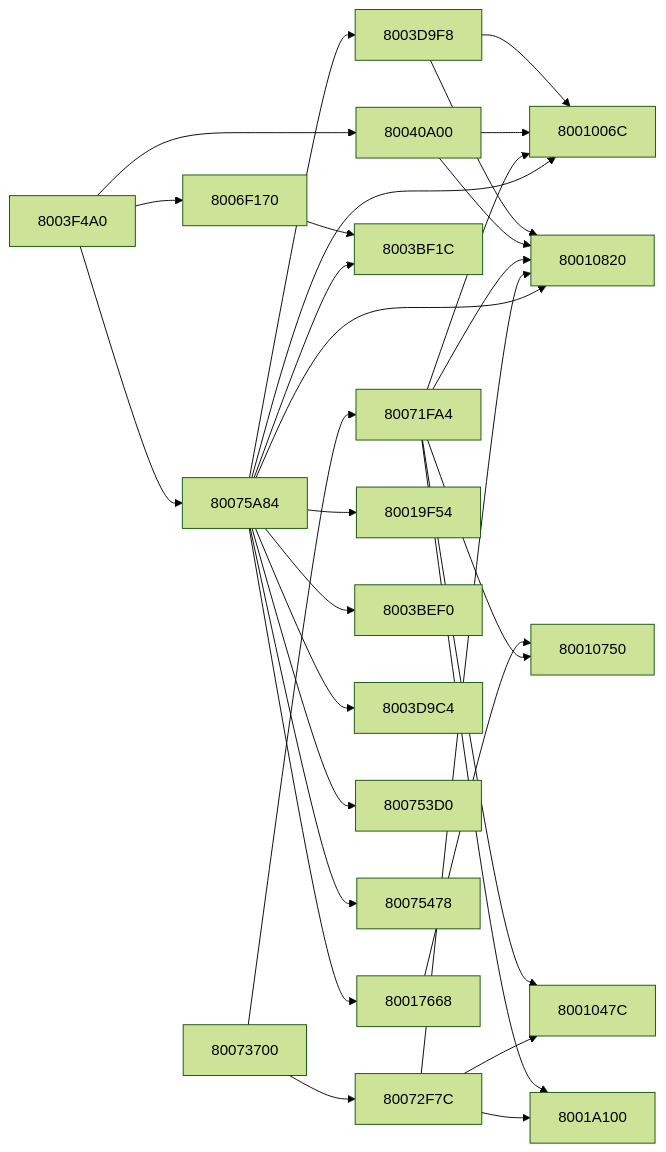
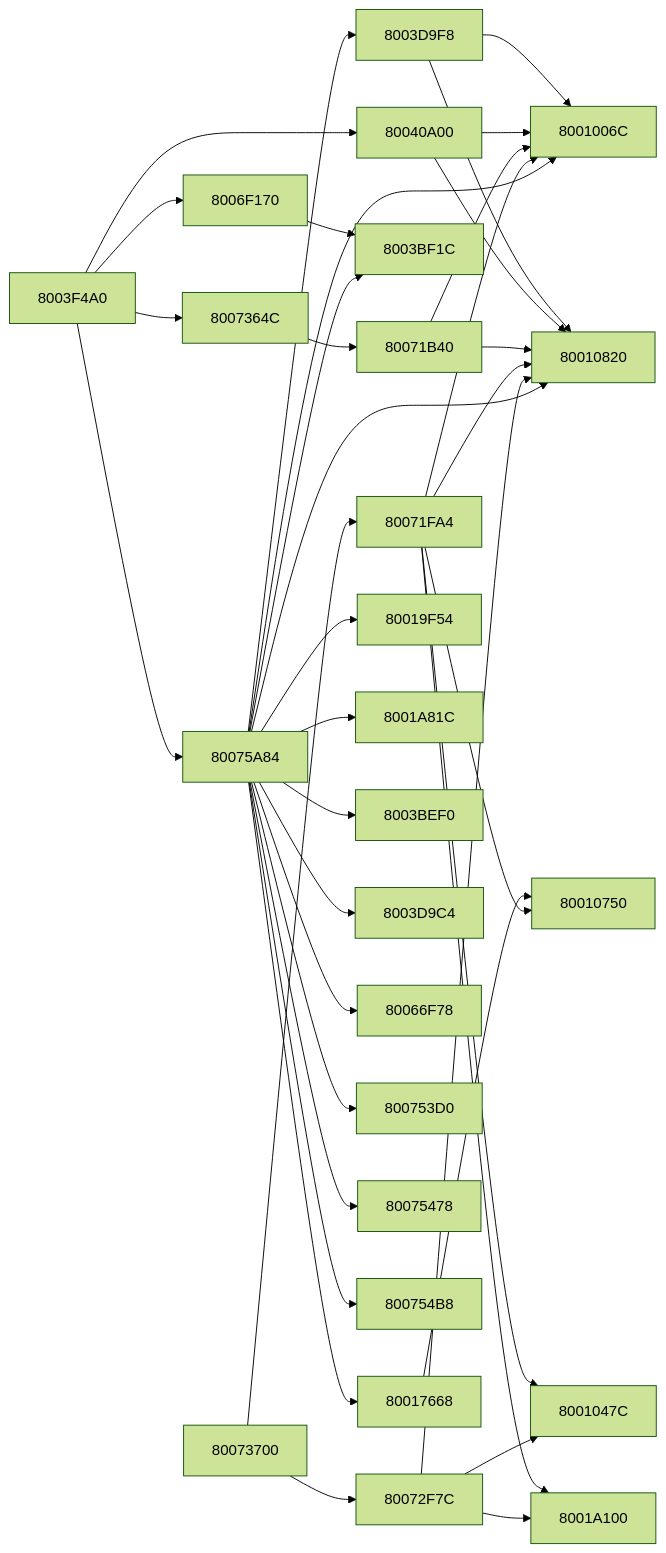
Diagram 11 of 11 in docs/FUNCTION_MAP.md (kai-luni/Future-Cop-L.A.P.D-PS1), drawn with Mermaid (forest theme) before and after one commit. The commit also changed other lines of this file, not shown here.

````diff
--- a/docs/FUNCTION_MAP.md
+++ b/docs/FUNCTION_MAP.md
@@ -789,52 +1087,64 @@
 ```mermaid
 graph LR
     f80017668 --> f80010750
     f8003d9f8 --> f8001006c
     f8003d9f8 --> f80010820
     f8003f4a0 --> f80040a00
     f8003f4a0 --> f8006f170
+    f8003f4a0 --> f8007364c
     f8003f4a0 --> f80075a84
     f80040a00 --> f8001006c
     f80040a00 --> f80010820
     f8006f170 --> f8003bf1c
+    f80071b40 --> f8001006c
+    f80071b40 --> f80010820
     f80071fa4 --> f8001006c
     f80071fa4 --> f8001047c
     f80071fa4 --> f80010750
     f80071fa4 --> f80010820
     f80071fa4 --> f8001a100
     f80072f7c --> f8001047c
     f80072f7c --> f80010820
     f80072f7c --> f8001a100
+    f8007364c --> f80071b40
     f80073700 --> f80071fa4
     f80073700 --> f80072f7c
     f80075a84 --> f8001006c
     f80075a84 --> f80010820
     f80075a84 --> f80017668
     f80075a84 --> f80019f54
+    f80075a84 --> f8001a81c
     f80075a84 --> f8003bef0
     f80075a84 --> f8003bf1c
     f80075a84 --> f8003d9c4
     f80075a84 --> f8003d9f8
+    f80075a84 --> f80066f78
     f80075a84 --> f800753d0
     f80075a84 --> f80075478
+    f80075a84 --> f800754b8
     f8001006c["8001006C"]
     f8001047c["8001047C"]
     f80010750["80010750"]
     f80010820["80010820"]
     f80017668["80017668"]
     f80019f54["80019F54"]
     f8001a100["8001A100"]
+    f8001a81c["8001A81C"]
     f8003bef0["8003BEF0"]
     f8003bf1c["8003BF1C"]
     f8003d9c4["8003D9C4"]
     f8003d9f8["8003D9F8"]
     f8003f4a0["8003F4A0"]
     f80040a00["80040A00"]
+    f80066f78["80066F78"]
     f8006f170["8006F170"]
+    f80071b40["80071B40"]
     f80071fa4["80071FA4"]
     f80072f7c["80072F7C"]
+    f8007364c["8007364C"]
     f80073700["80073700"]
     f800753d0["800753D0"]
     f80075478["80075478"]
+    f800754b8["800754B8"]
     f80075a84["80075A84"]
 ```
````
